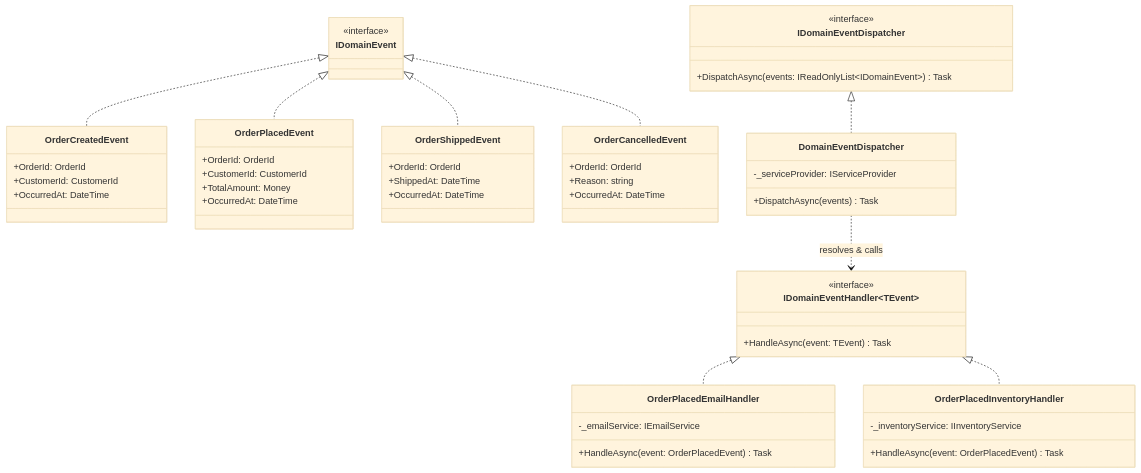
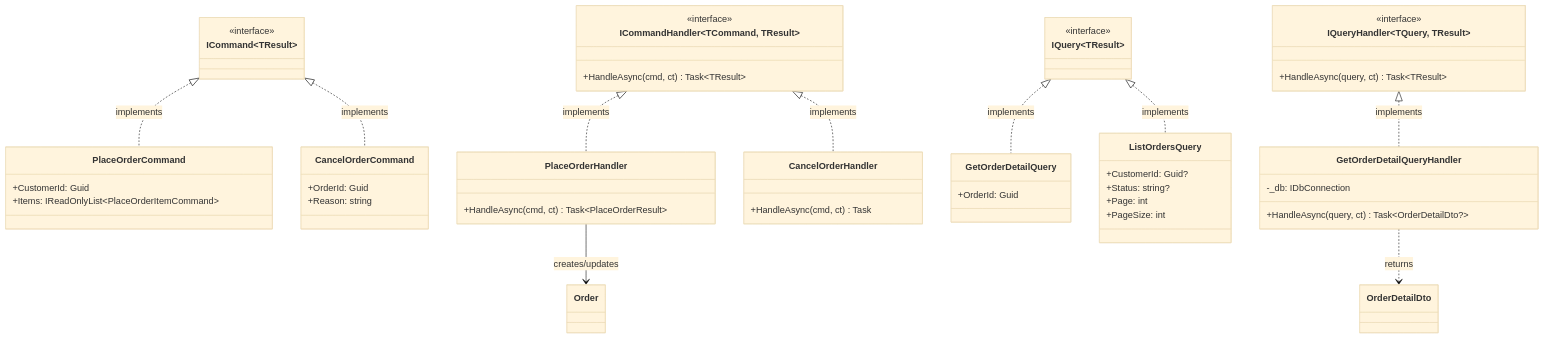
The tenth of 17 diagrams in books/ddd-complete-guide/21-class-diagrams.md (SakakitaniJunya/zenn-articles), drawn with Mermaid (base theme) before and after one commit. The commit also changed other lines of this file and 26 other files, not shown here.

````diff
--- a/books/ddd-complete-guide/21-class-diagrams.md
+++ b/books/ddd-complete-guide/21-class-diagrams.md
@@ -210,67 +487,66 @@
 ```mermaid
 classDiagram
-    class IDomainEvent {
+    %% Commands（書き込み側）
+    class ICommand~TResult~ {
         <<interface>>
     }
 
-    class OrderCreatedEvent {
-        +OrderId: OrderId
-        +CustomerId: CustomerId
-        +OccurredAt: DateTime
+    class PlaceOrderCommand {
+        +CustomerId: Guid
+        +Items: IReadOnlyList~PlaceOrderItemCommand~
     }
 
-    class OrderPlacedEvent {
-        +OrderId: OrderId
-        +CustomerId: CustomerId
-        +TotalAmount: Money
-        +OccurredAt: DateTime
+    class CancelOrderCommand {
+        +OrderId: Guid
+        +Reason: string
     }
 
-    class OrderShippedEvent {
-        +OrderId: OrderId
-        +ShippedAt: DateTime
-        +OccurredAt: DateTime
+    class ICommandHandler~TCommand, TResult~ {
+        <<interface>>
+        +HandleAsync(cmd, ct) Task~TResult~
     }
 
-    class OrderCancelledEvent {
-        +OrderId: OrderId
-        +Reason: string
-        +OccurredAt: DateTime
+    class PlaceOrderHandler {
+        +HandleAsync(cmd, ct) Task~PlaceOrderResult~
     }
 
-    class IDomainEventHandler~TEvent~ {
-        <<interface>>
-        +HandleAsync(event: TEvent) Task
+    class CancelOrderHandler {
+        +HandleAsync(cmd, ct) Task
     }
 
-    class IDomainEventDispatcher {
+    %% Queries（読み取り側）
+    class IQuery~TResult~ {
         <<interface>>
-        +DispatchAsync(events: IReadOnlyList~IDomainEvent~) Task
     }
 
-    class DomainEventDispatcher {
-        -_serviceProvider: IServiceProvider
-        +DispatchAsync(events) Task
+    class GetOrderDetailQuery {
+        +OrderId: Guid
     }
 
-    class OrderPlacedEmailHandler {
-        -_emailService: IEmailService
-        +HandleAsync(event: OrderPlacedEvent) Task
+    class ListOrdersQuery {
+        +CustomerId: Guid?
+        +Status: string?
+        +Page: int
+        +PageSize: int
     }
 
-    class OrderPlacedInventoryHandler {
-        -_inventoryService: IInventoryService
-        +HandleAsync(event: OrderPlacedEvent) Task
+    class IQueryHandler~TQuery, TResult~ {
+        <<interface>>
+        +HandleAsync(query, ct) Task~TResult~
     }
 
-    IDomainEvent <|.. OrderCreatedEvent
-    IDomainEvent <|.. OrderPlacedEvent
-    IDomainEvent <|.. OrderShippedEvent
-    IDomainEvent <|.. OrderCancelledEvent
+    class GetOrderDetailQueryHandler {
+        -_db: IDbConnection
+        +HandleAsync(query, ct) Task~OrderDetailDto?~
+    }
 
-    IDomainEventHandler~TEvent~ <|.. OrderPlacedEmailHandler
-    IDomainEventHandler~TEvent~ <|.. OrderPlacedInventoryHandler
-
-    IDomainEventDispatcher <|.. DomainEventDispatcher
-    DomainEventDispatcher ..> IDomainEventHandler~TEvent~ : resolves & calls
+    ICommand~TResult~ <|.. PlaceOrderCommand : implements
+    ICommand~TResult~ <|.. CancelOrderCommand : implements
+    ICommandHandler~TCommand, TResult~ <|.. PlaceOrderHandler : implements
+    ICommandHandler~TCommand, TResult~ <|.. CancelOrderHandler : implements
+    IQuery~TResult~ <|.. GetOrderDetailQuery : implements
+    IQuery~TResult~ <|.. ListOrdersQuery : implements
+    IQueryHandler~TQuery, TResult~ <|.. GetOrderDetailQueryHandler : implements
+    PlaceOrderHandler --> Order : creates/updates
+    GetOrderDetailQueryHandler ..> OrderDetailDto : returns
 ```
````
